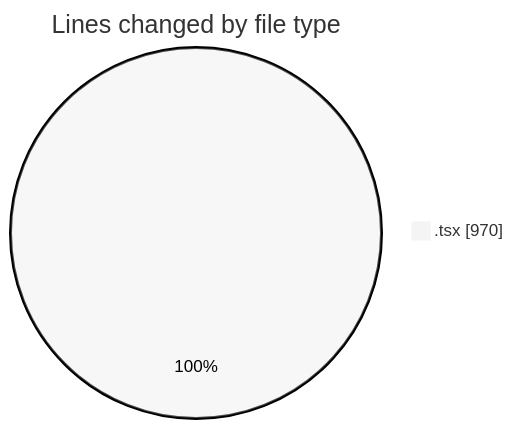
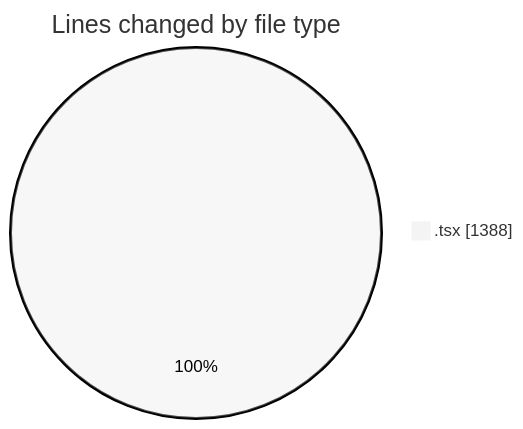
One commit to robertbonfada/code-tracking changed the first of 2 diagrams in 2025-03-10/mbc-web/README.md. Above: the diagram before and after it, drawn with Mermaid (neutral theme). The commit also changed other lines of this file and 1 other file, not shown here.

````diff
--- a/2025-03-10/mbc-web/README.md
+++ b/2025-03-10/mbc-web/README.md
@@ -28,5 +32,5 @@
 ```mermaid
 pie showData
 title Lines changed by file type
-".tsx" : 970
+".tsx" : 1388
 ```
````
